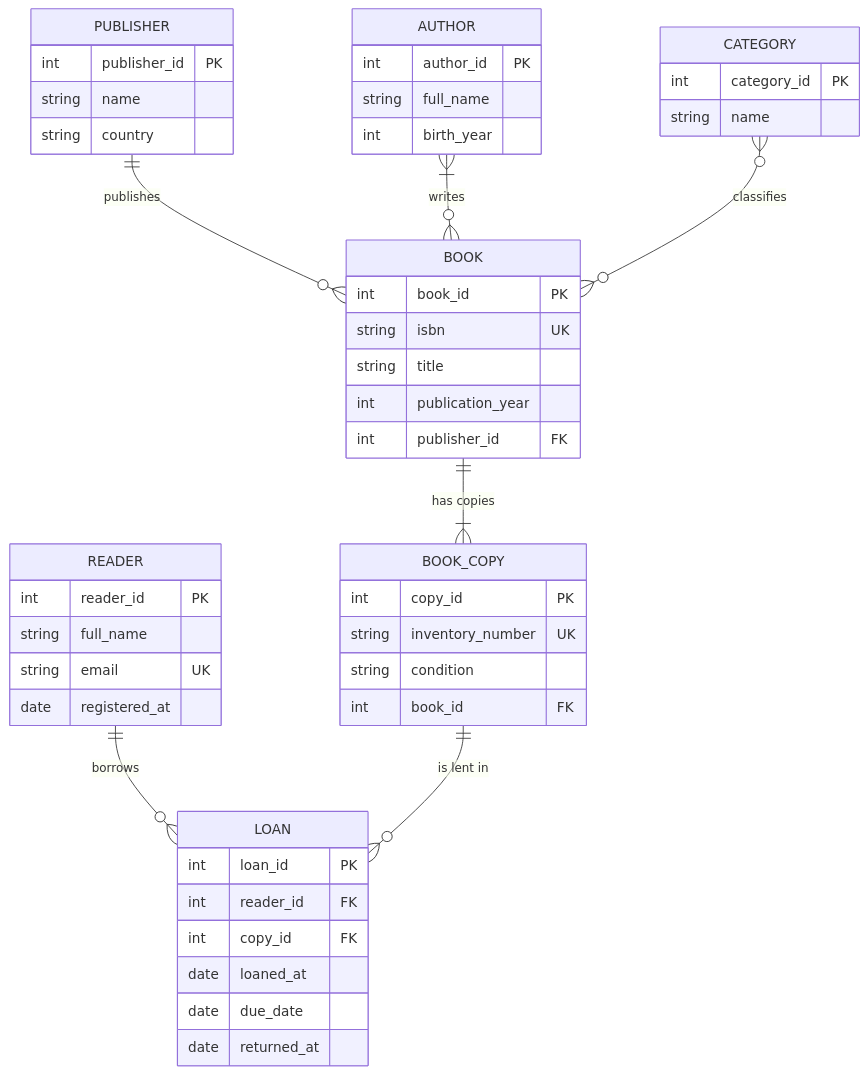
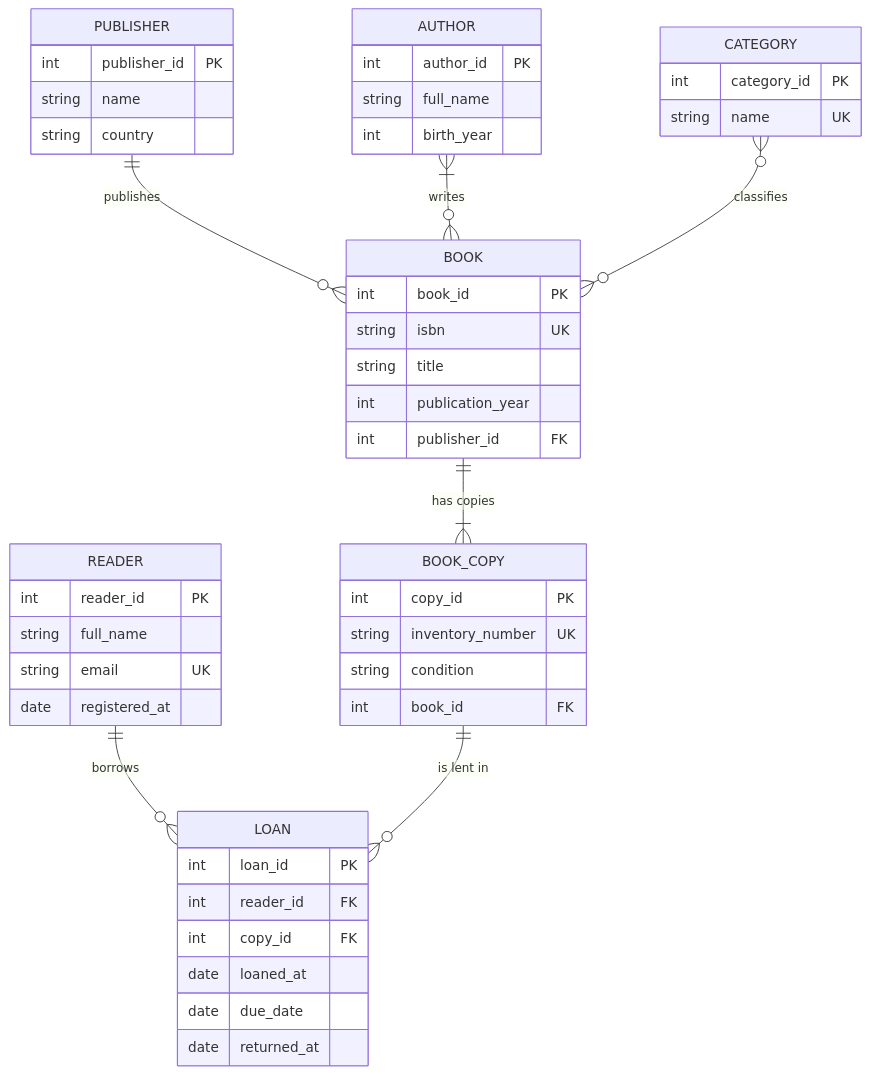
The diagram in model.mmd (aooxd/KPIlab_1), drawn with Mermaid before and after one commit. The commit also changed 2 other files, not shown here.

Commit message:
spec: CATEGORY.name — унікальне поле UK (AC-8); model перегенеровано

```diff
--- a/model.mmd
+++ b/model.mmd
@@ -1,49 +1,49 @@
 erDiagram
     PUBLISHER ||--o{ BOOK : publishes
     AUTHOR }|--o{ BOOK : writes
     CATEGORY }o--o{ BOOK : classifies
     BOOK ||--|{ BOOK_COPY : "has copies"
     READER ||--o{ LOAN : borrows
     BOOK_COPY ||--o{ LOAN : "is lent in"
 
     AUTHOR {
         int author_id PK
         string full_name
         int birth_year
     }
     PUBLISHER {
         int publisher_id PK
         string name
         string country
     }
     CATEGORY {
         int category_id PK
-        string name
+        string name UK
     }
     BOOK {
         int book_id PK
         string isbn UK
         string title
         int publication_year
         int publisher_id FK
     }
     BOOK_COPY {
         int copy_id PK
         string inventory_number UK
         string condition
         int book_id FK
     }
     READER {
         int reader_id PK
         string full_name
         string email UK
         date registered_at
     }
     LOAN {
         int loan_id PK
         int reader_id FK
         int copy_id FK
         date loaned_at
         date due_date
         date returned_at
     }
```
